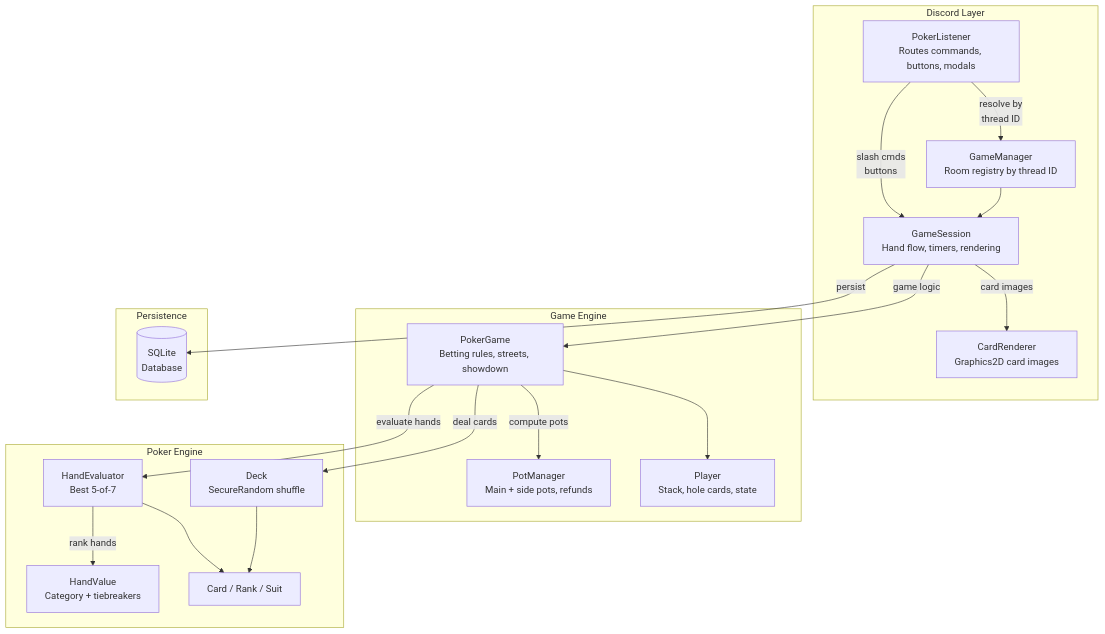
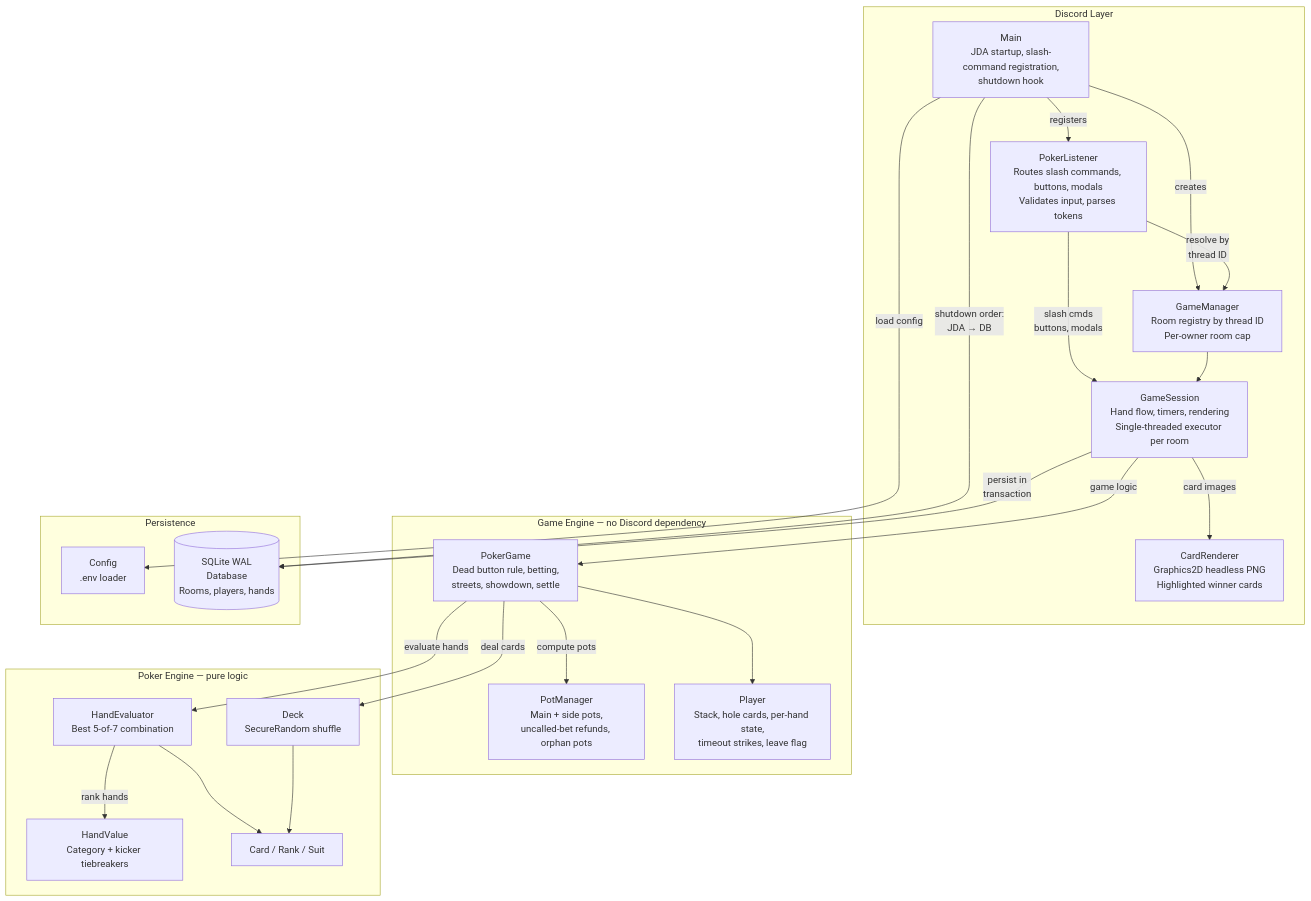
Before and after one commit to pwn2ooown/Java-Final: the first of 5 diagrams in README.md, drawn with Mermaid. The commit also changed other lines of this file, not shown here.

Commit message:
Add UML diagram for presentaion

````diff
--- a/README.md
+++ b/README.md
@@ -54,40 +54,46 @@
 ```mermaid
 graph TD
-    subgraph Discord Layer
-        PL[PokerListener<br/>Routes commands, buttons, modals]
-        GM[GameManager<br/>Room registry by thread ID]
-        GS[GameSession<br/>Hand flow, timers, rendering]
-        CR[CardRenderer<br/>Graphics2D card images]
+    subgraph Discord["Discord Layer"]
+        M[Main<br/>JDA startup, slash-command registration,<br/>shutdown hook]
+        PL[PokerListener<br/>Routes slash commands, buttons, modals<br/>Validates input, parses tokens]
+        GM[GameManager<br/>Room registry by thread ID<br/>Per-owner room cap]
+        GS[GameSession<br/>Hand flow, timers, rendering<br/>Single-threaded executor per room]
+        CR[CardRenderer<br/>Graphics2D headless PNG<br/>Highlighted winner cards]
     end
 
-    subgraph Game Engine
-        PG[PokerGame<br/>Betting rules, streets, showdown]
-        PM[PotManager<br/>Main + side pots, refunds]
-        P[Player<br/>Stack, hole cards, state]
+    subgraph Game["Game Engine — no Discord dependency"]
+        PG[PokerGame<br/>Dead button rule, betting,<br/>streets, showdown, settle]
+        PM[PotManager<br/>Main + side pots,<br/>uncalled-bet refunds, orphan pots]
+        P[Player<br/>Stack, hole cards, per-hand state,<br/>timeout strikes, leave flag]
     end
 
-    subgraph Poker Engine
-        HE[HandEvaluator<br/>Best 5-of-7]
-        HV[HandValue<br/>Category + tiebreakers]
+    subgraph Engine["Poker Engine — pure logic"]
+        HE[HandEvaluator<br/>Best 5-of-7 combination]
+        HV[HandValue<br/>Category + kicker tiebreakers]
         D[Deck<br/>SecureRandom shuffle]
         C[Card / Rank / Suit]
     end
 
     subgraph Persistence
-        DB[(SQLite<br/>Database)]
+        CF[Config<br/>.env loader]
+        DB[(SQLite WAL<br/>Database<br/>Rooms, players, hands)]
     end
 
-    PL -->|slash cmds<br/>buttons| GS
+    M -->|creates| GM
+    M -->|registers| PL
+    M -->|shutdown order:<br/>JDA → DB| DB
+    PL -->|slash cmds<br/>buttons, modals| GS
     PL -->|resolve by<br/>thread ID| GM
     GS -->|game logic| PG
     GS -->|card images| CR
-    GS -->|persist| DB
+    GS -->|persist in<br/>transaction| DB
     PG -->|evaluate hands| HE
     PG -->|deal cards| D
     PG -->|compute pots| PM
     HE -->|rank hands| HV
     HE --> C
     D --> C
     PG --> P
     GM --> GS
+    M -->|load config| CF
 ```
````
